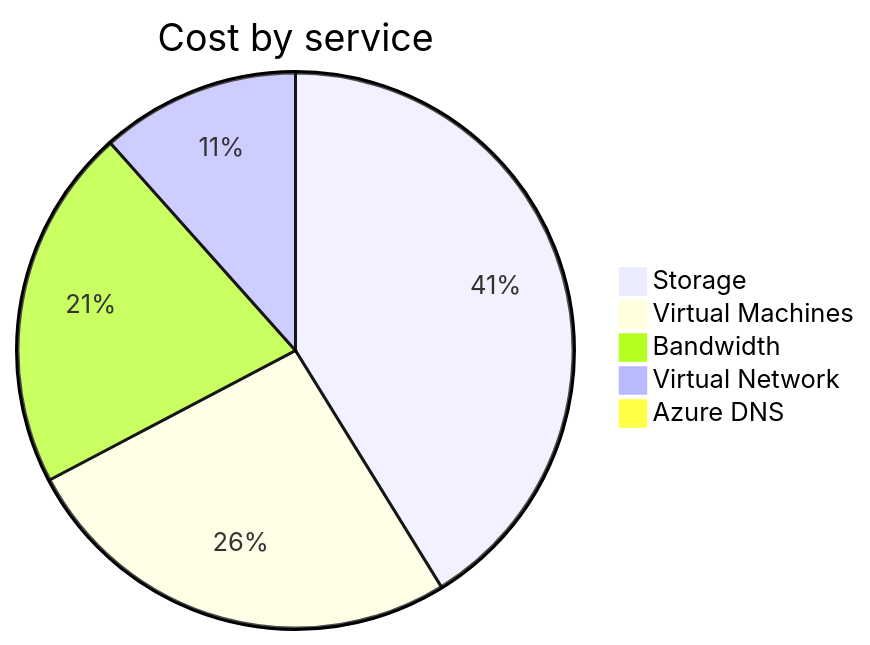
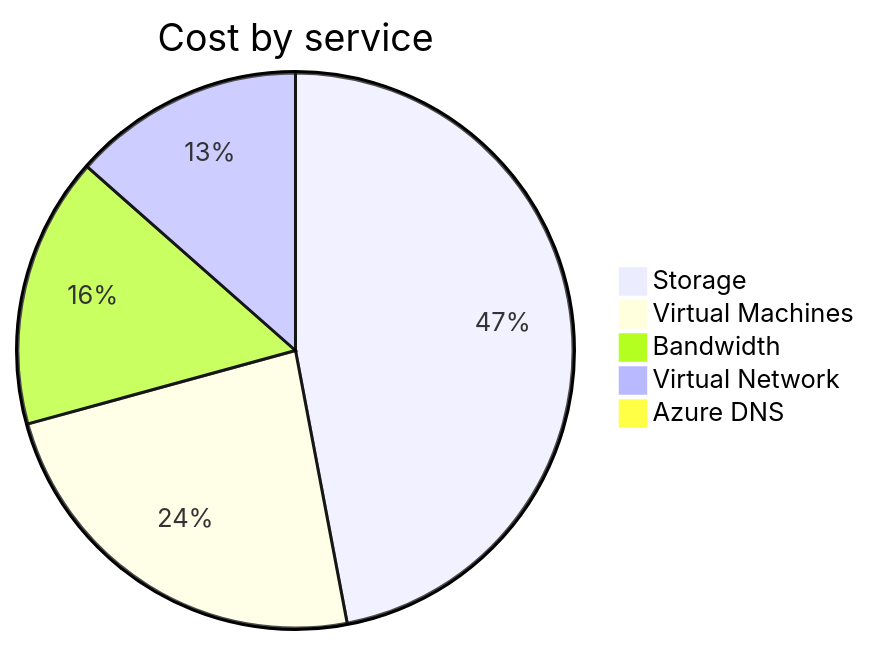
One commit to jpfulton/azure-personal-reports changed the second of 4 diagrams in cost-reports/personal-network/README.md. Above: the diagram before and after it, drawn with Mermaid. The commit also changed other lines of this file and 8 other files, not shown here.

````diff
--- a/cost-reports/personal-network/README.md
+++ b/cost-reports/personal-network/README.md
@@ -99,9 +99,9 @@
 ```mermaid
 pie
    title Cost by service
-   "Storage" : 1.99
-   "Virtual Machines" : 1.26
-   "Bandwidth" : 1.02
-   "Virtual Network" : 0.56
-   "Azure DNS" : 0.04
+   "Storage" : 3.31
+   "Virtual Machines" : 1.67
+   "Bandwidth" : 1.11
+   "Virtual Network" : 0.95
+   "Azure DNS" : 0.06
 ```
````
